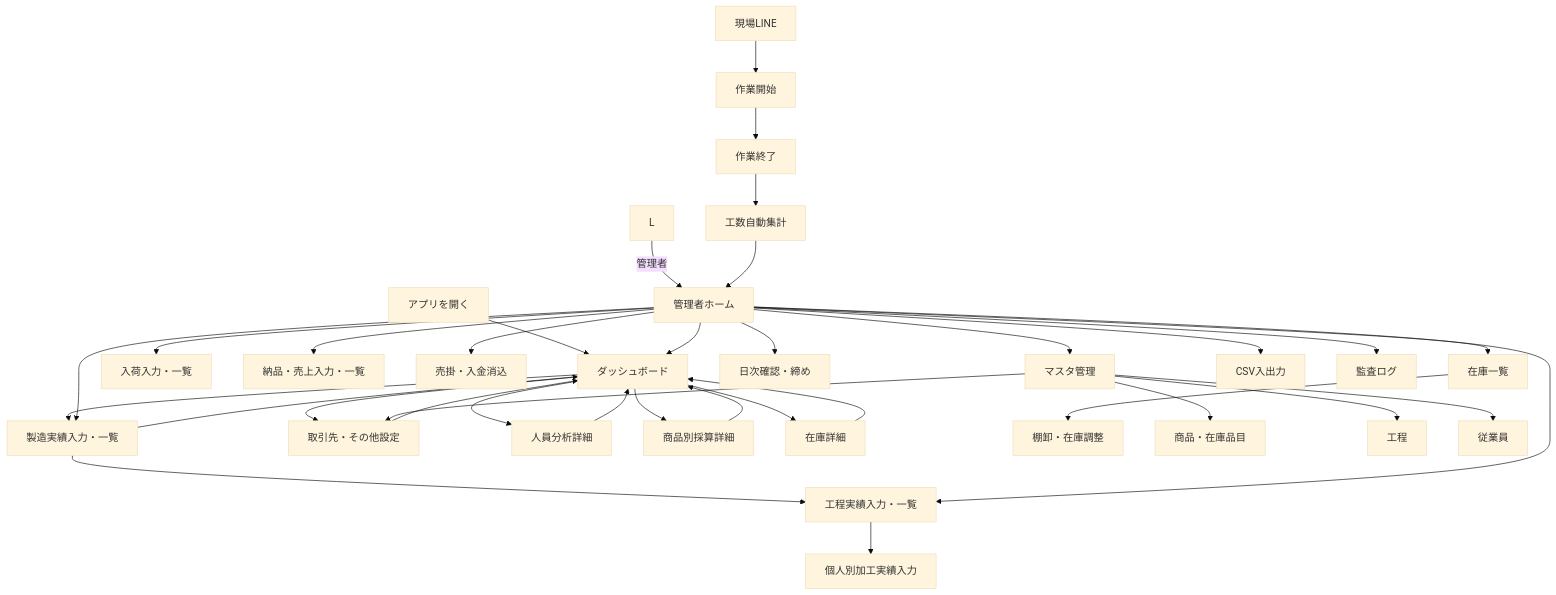
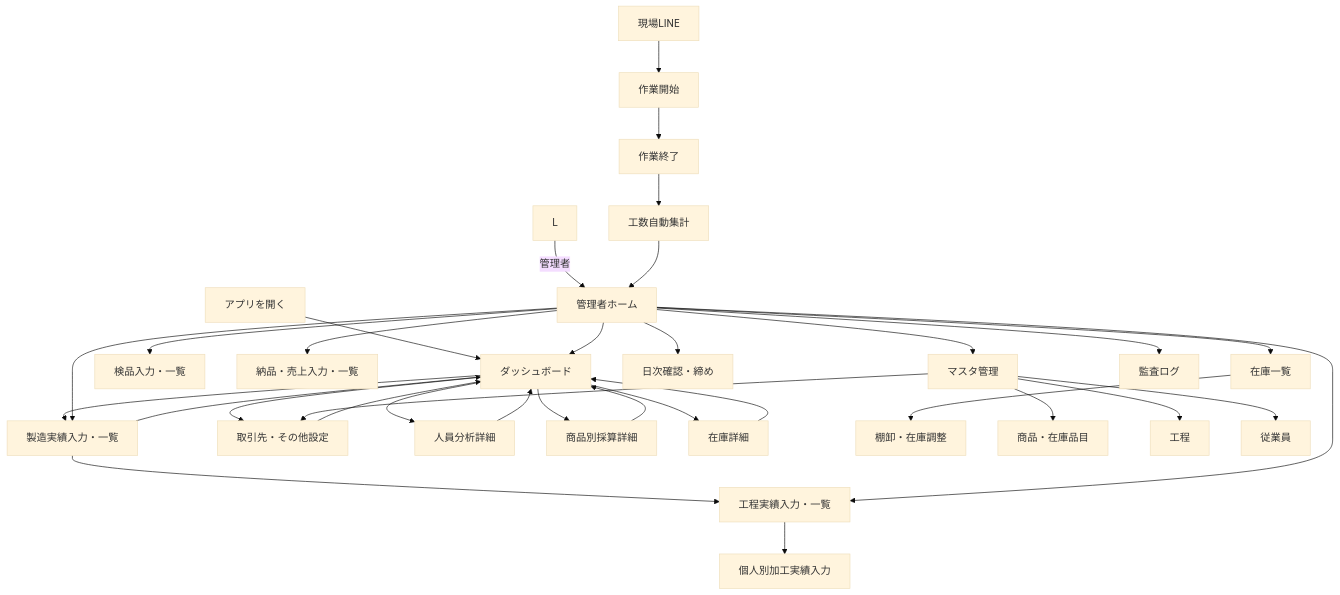
One commit to wellzfriend420/wellzfriend-toraiannguru-manufacturing-management changed the first of 2 diagrams in docs/06-screen-flow.md. Above: the diagram before and after it, drawn with Mermaid (base theme). The commit also changed other lines of this file and 31 other files, not shown here.

Commit message:
feat: complete phase1 costing and operations flow

````diff
--- a/docs/06-screen-flow.md
+++ b/docs/06-screen-flow.md
@@ -5,38 +5,36 @@
 ```mermaid
 flowchart TD
   O["アプリを開く"] --> D["ダッシュボード"]
   D --> M["三本線メニュー"]
   M --> D
   M --> P["工程実績入力"]
   D --> PA["工程分析詳細"]
   D --> WA["人員分析詳細"]
   D --> PF["商品別採算詳細"]
   D --> ID["在庫詳細"]
   PA --> D
   WA --> D
   PF --> D
   ID --> D
 
   L -->|管理者| H["管理者ホーム"]
-  H --> R["入荷入力・一覧"]
+  H --> R["検品入力・一覧"]
   H --> P["工程実績入力・一覧"]
   P --> IP["個人別加工実績入力"]
   H --> M["製造実績入力・一覧"]
   H --> S["納品・売上入力・一覧"]
-  H --> AR["売掛・入金消込"]
   H --> I["在庫一覧"]
   I --> T["棚卸・在庫調整"]
   H --> C["日次確認・締め"]
   H --> D
   H --> MS["マスタ管理"]
   MS --> PR["商品・在庫品目"]
   MS --> PC["工程"]
   MS --> EM["従業員"]
   MS --> PA["取引先・その他設定"]
-  H --> X["CSV入出力"]
   H --> A["監査ログ"]
   W["現場LINE"] --> LS["作業開始"]
   LS --> LE["作業終了"]
   LE --> WS["工数自動集計"]
   WS --> H
 ```
````
